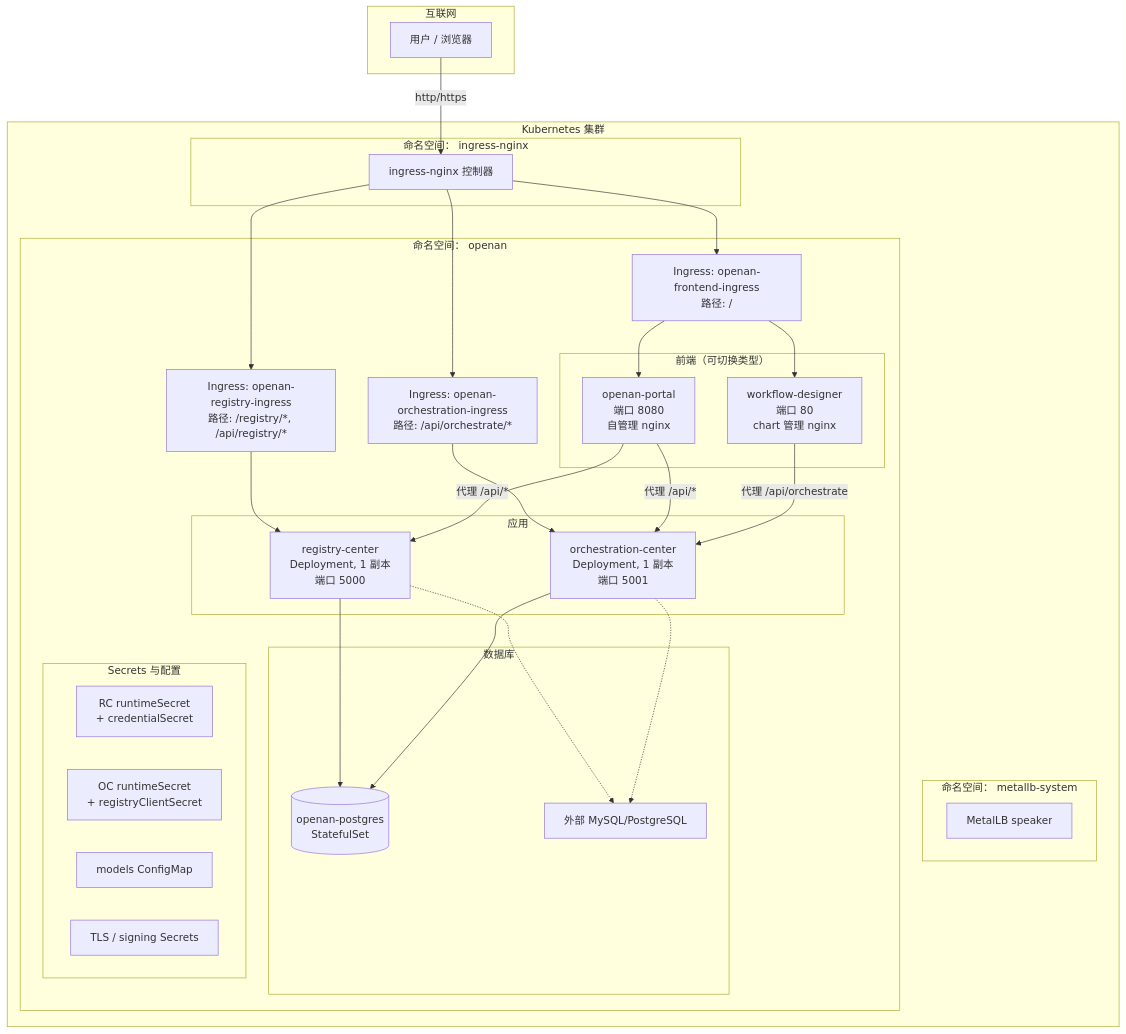
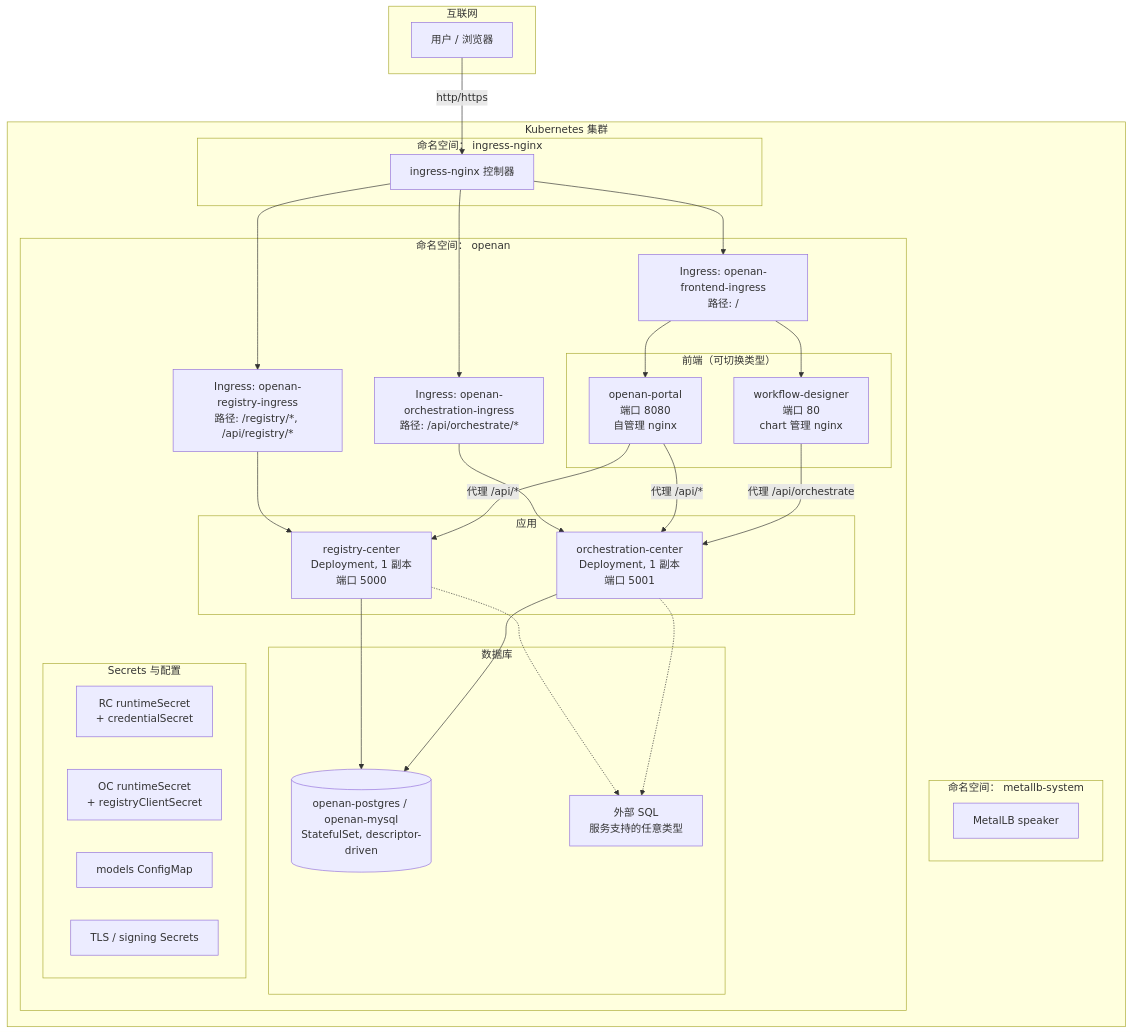
One commit to project-openan/openan-installation changed the first of 5 diagrams in docs/zh/online-install-architecture.zh.md. Above: the diagram before and after it, drawn with Mermaid. The commit also changed other lines of this file and 29 other files, not shown here.

Commit message:
feat(installers): descriptor-driven bundled databases on the online line — one type, data everywhere (issue #36)

````diff
--- a/docs/zh/online-install-architecture.zh.md
+++ b/docs/zh/online-install-architecture.zh.md
@@ -34,54 +34,54 @@
 ```mermaid
 graph TB
     subgraph "互联网"
         User[用户 / 浏览器]
     end
 
     subgraph "Kubernetes 集群"
         subgraph "命名空间： ingress-nginx"
             IG[ingress-nginx 控制器]
         end
 
         subgraph "命名空间： metallb-system"
             ML[MetalLB speaker]
         end
 
         subgraph "命名空间： openan"
             ING_FE[Ingress: openan-frontend-ingress<br/>路径: /]
             ING_ORC[Ingress: openan-orchestration-ingress<br/>路径: /api/orchestrate/*]
             ING_RC[Ingress: openan-registry-ingress<br/>路径: /registry/*, /api/registry/*]
 
             subgraph "前端（可切换类型）"
                 FE_P[openan-portal<br/>端口 8080<br/>自管理 nginx]
                 FE_WD[workflow-designer<br/>端口 80<br/>chart 管理 nginx]
             end
 
             subgraph "应用"
                 RC[registry-center<br/>Deployment, 1 副本<br/>端口 5000]
                 OC[orchestration-center<br/>Deployment, 1 副本<br/>端口 5001]
             end
 
             subgraph "数据库"
-                PG[(openan-postgres<br/>StatefulSet)]
-                EXT_DB[外部 MySQL/PostgreSQL]
+                PG[(openan-postgres / openan-mysql<br/>StatefulSet, descriptor-driven)]
+                EXT_DB[外部 SQL<br/>服务支持的任意类型]
             end
 
             subgraph "Secrets 与配置"
                 SECR[RC runtimeSecret<br/>+ credentialSecret]
                 SECO[OC runtimeSecret<br/>+ registryClientSecret]
                 CMP[models ConfigMap]
                 TLS[TLS / signing Secrets]
             end
         end
     end
 
     User -->|http/https| IG
     IG --> ING_FE & ING_ORC & ING_RC
     ING_FE --> FE_P & FE_WD
     ING_ORC --> OC
     ING_RC --> RC
     FE_P -->|代理 /api/*| OC & RC
     FE_WD -->|代理 /api/orchestrate| OC
     RC & OC --> PG
     RC & OC -.-> EXT_DB
 ```
````
